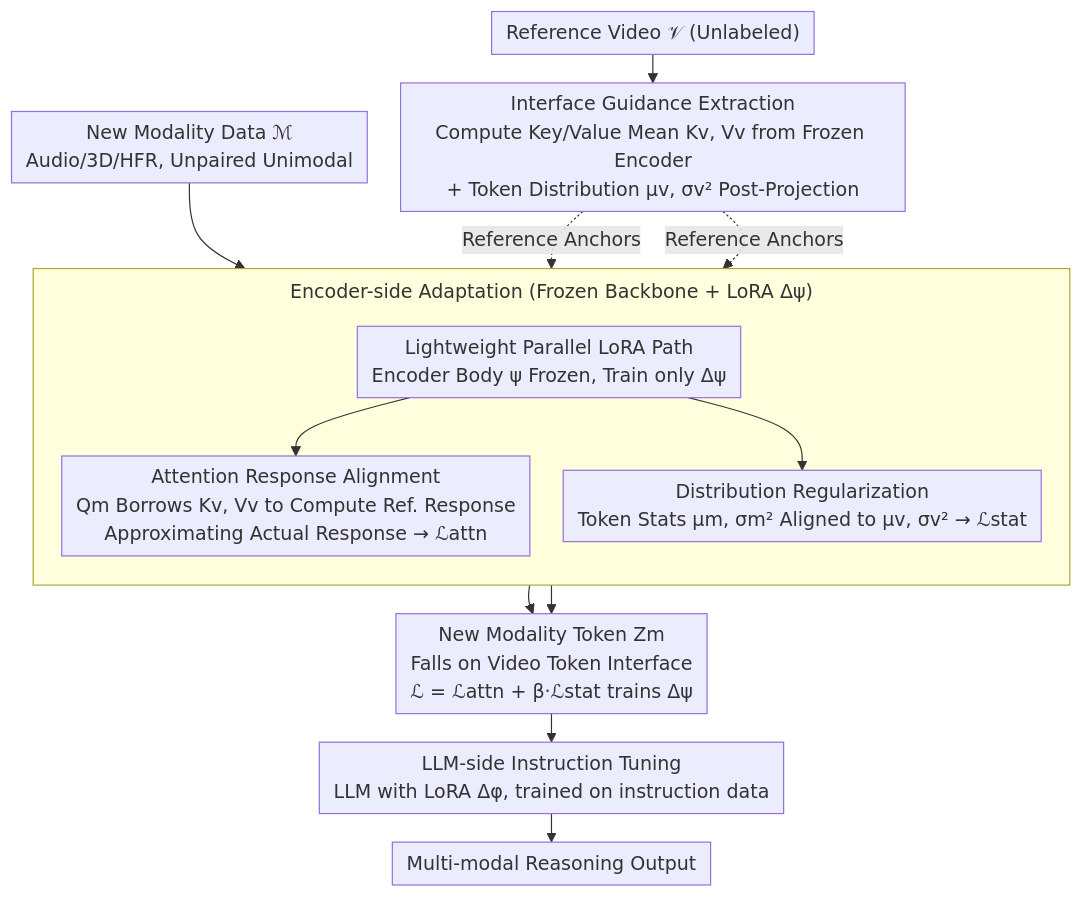
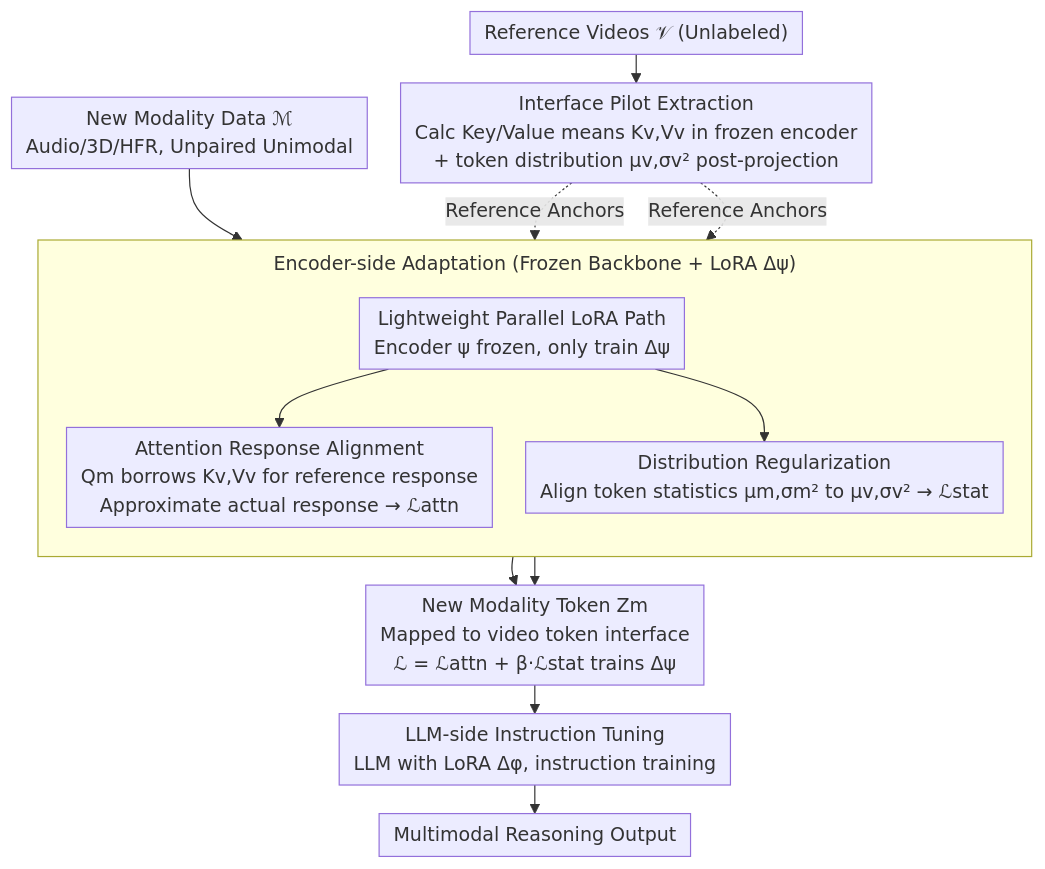
The diagram in docs/ICML2026/multimodal_vlm/v-lynx_token_interface_alignment_for_videox_llms.md (zhaoyang97/Paper-Notes-en), drawn with Mermaid before and after one commit. The commit also changed other lines of this file and 5084 other files, not shown here.

````diff
--- a/docs/ICML2026/multimodal_vlm/v-lynx_token_interface_alignment_for_videox_llms.md
+++ b/docs/ICML2026/multimodal_vlm/v-lynx_token_interface_alignment_for_videox_llms.md
@@ -50,20 +50,20 @@
 ```mermaid
 %%{init: {'flowchart': {'rankSpacing': 24, 'nodeSpacing': 28, 'padding': 6, 'wrappingWidth': 400, 'subGraphTitleMargin': {'top': 8, 'bottom': 16}}}}%%
 flowchart TD
-    V["Reference Video 𝒱 (Unlabeled)"] --> G["Interface Guidance Extraction<br/>Compute Key/Value Mean Kv, Vv from Frozen Encoder<br/>+ Token Distribution μv, σv² Post-Projection"]
+    V["Reference Videos 𝒱 (Unlabeled)"] --> G["Interface Pilot Extraction<br/>Calc Key/Value means Kv,Vv in frozen encoder<br/>+ token distribution μv,σv² post-projection"]
     Xm["New Modality Data ℳ<br/>Audio/3D/HFR, Unpaired Unimodal"] --> ENC
 
     subgraph ADAPT["Encoder-side Adaptation (Frozen Backbone + LoRA Δψ)"]
         direction TB
-        ENC["Lightweight Parallel LoRA Path<br/>Encoder Body ψ Frozen, Train only Δψ"]
-        ENC --> ATTN["Attention Response Alignment<br/>Qm Borrows Kv, Vv to Compute Ref. Response<br/>Approximating Actual Response → ℒattn"]
-        ENC --> STAT["Distribution Regularization<br/>Token Stats μm, σm² Aligned to μv, σv² → ℒstat"]
+        ENC["Lightweight Parallel LoRA Path<br/>Encoder ψ frozen, only train Δψ"]
+        ENC --> ATTN["Attention Response Alignment<br/>Qm borrows Kv,Vv for reference response<br/>Approximate actual response → ℒattn"]
+        ENC --> STAT["Distribution Regularization<br/>Align token statistics μm,σm² to μv,σv² → ℒstat"]
     end
 
     G -.Reference Anchors.-> ATTN
     G -.Reference Anchors.-> STAT
-    ATTN --> ZM["New Modality Token Zm<br/>Falls on Video Token Interface<br/>ℒ = ℒattn + β·ℒstat trains Δψ"]
+    ATTN --> ZM["New Modality Token Zm<br/>Mapped to video token interface<br/>ℒ = ℒattn + β·ℒstat trains Δψ"]
     STAT --> ZM
-    ZM --> LLM["LLM-side Instruction Tuning<br/>LLM with LoRA Δφ, trained on instruction data"]
-    LLM --> OUT["Multi-modal Reasoning Output"]
+    ZM --> LLM["LLM-side Instruction Tuning<br/>LLM with LoRA Δφ, instruction training"]
+    LLM --> OUT["Multimodal Reasoning Output"]
 ```
````
